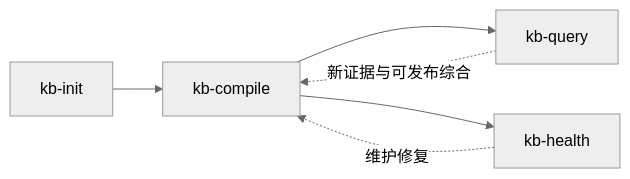
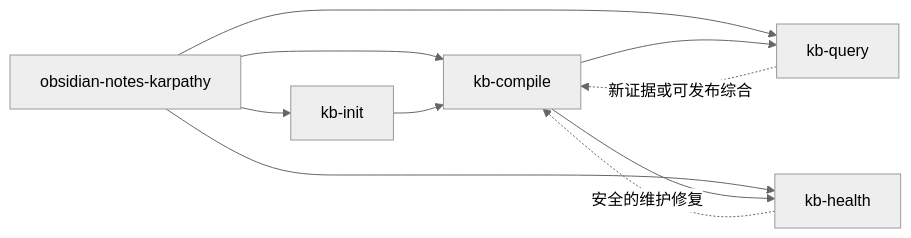
Before and after one commit to bahayonghang/obsidian-notes-karpathy: the diagram in docs/zh/workflow/overview.md, drawn with Mermaid (neutral theme). The commit also changed other lines of this file and 11 other files, not shown here.

````diff
--- a/docs/zh/workflow/overview.md
+++ b/docs/zh/workflow/overview.md
@@ -5,8 +15,12 @@
 ```mermaid
 graph LR
-    A[kb-init] --> B[kb-compile]
-    B --> C[kb-query]
-    B --> D[kb-health]
-    C -.->|新证据与可发布综合| B
-    D -.->|维护修复| B
+    A[obsidian-notes-karpathy] --> B[kb-init]
+    A --> C[kb-compile]
+    A --> D[kb-query]
+    A --> E[kb-health]
+    B --> C
+    C --> D
+    C --> E
+    D -.->|新证据或可发布综合| C
+    E -.->|安全的维护修复| C
 ```
````
